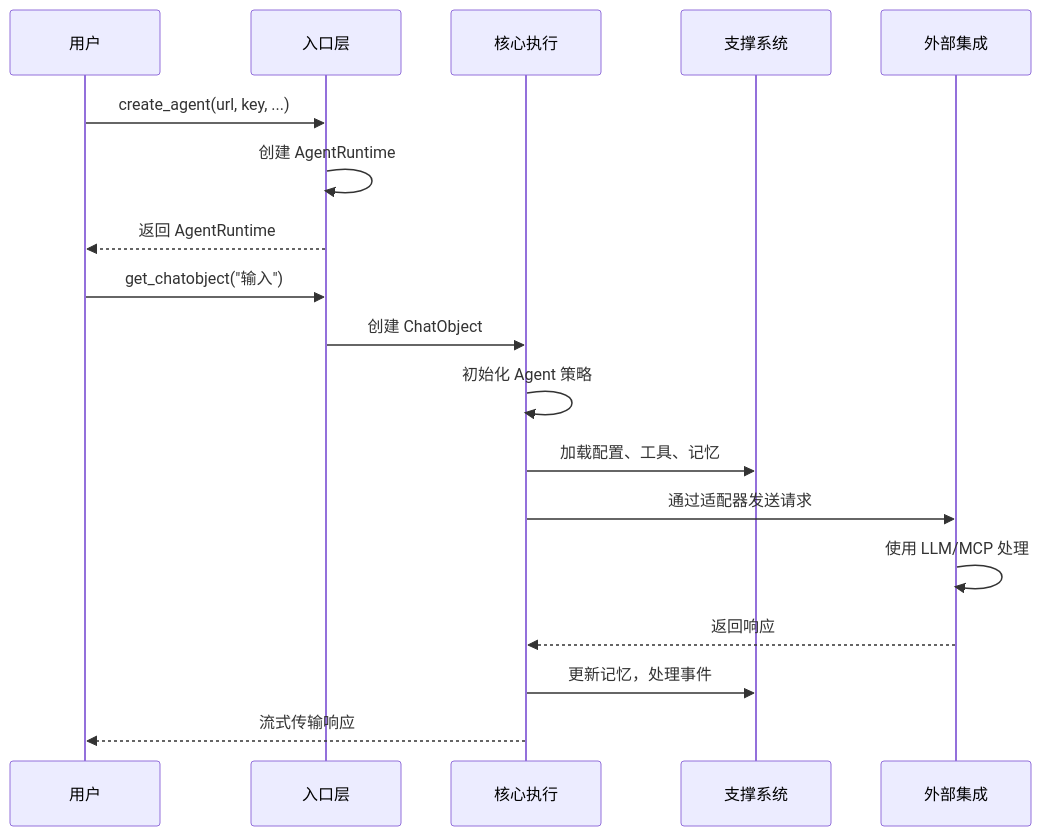
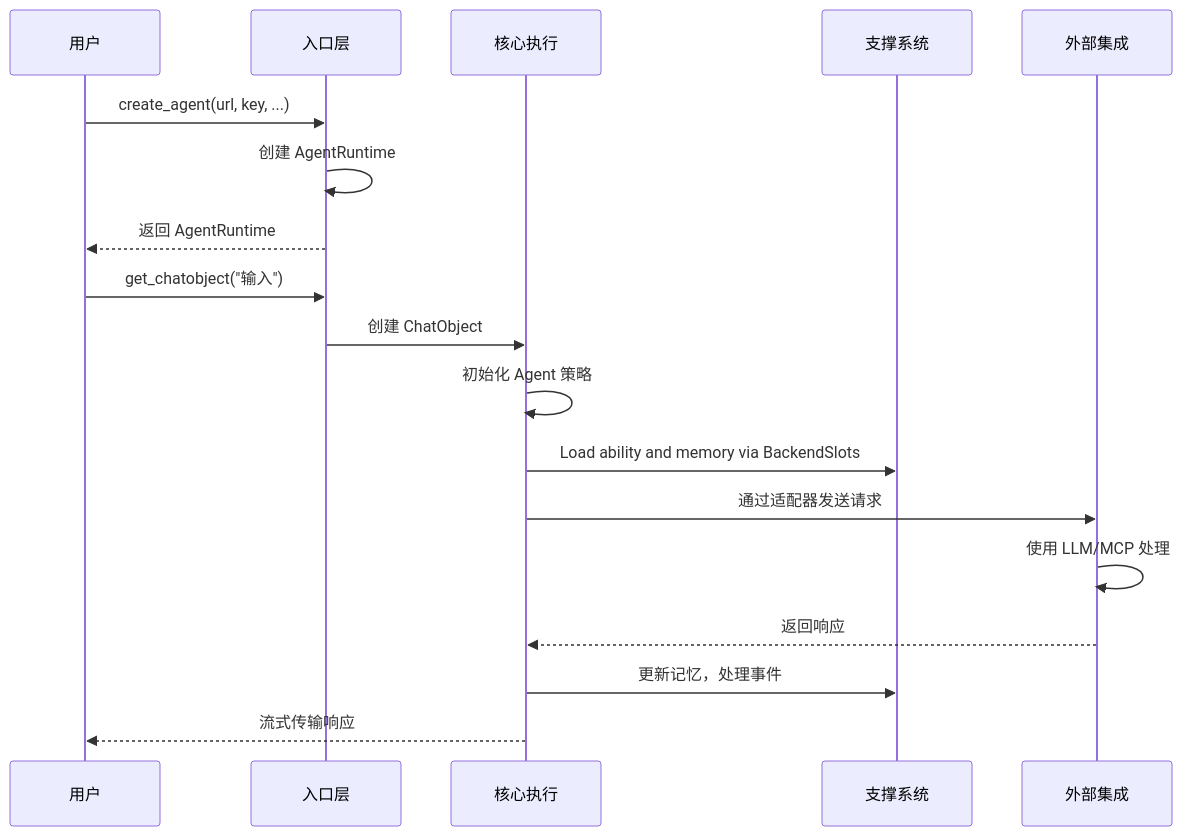
The fifth of 5 diagrams in docs/docs/zh/guide/getting-started/architecture.md (AmritaBot/AmritaCore), drawn with Mermaid before and after one commit. The commit also changed other lines of this file and 95 other files, not shown here.

````diff
--- a/docs/docs/zh/guide/getting-started/architecture.md
+++ b/docs/docs/zh/guide/getting-started/architecture.md
@@ -152,22 +207,22 @@
 ```mermaid
 sequenceDiagram
     participant User as 用户
     participant Entry as 入口层
     participant Core as 核心执行
     participant Support as 支撑系统
     participant External as 外部集成
 
     User->>Entry: create_agent(url, key, ...)
     Entry->>Entry: 创建 AgentRuntime
     Entry-->>User: 返回 AgentRuntime
 
     User->>Entry: get_chatobject("输入")
     Entry->>Core: 创建 ChatObject
     Core->>Core: 初始化 Agent 策略
-    Core->>Support: 加载配置、工具、记忆
+    Core->>Support: Load ability and memory via BackendSlots
     Core->>External: 通过适配器发送请求
     External->>External: 使用 LLM/MCP 处理
     External-->>Core: 返回响应
     Core->>Support: 更新记忆，处理事件
     Core-->>User: 流式传输响应
 ```
````
